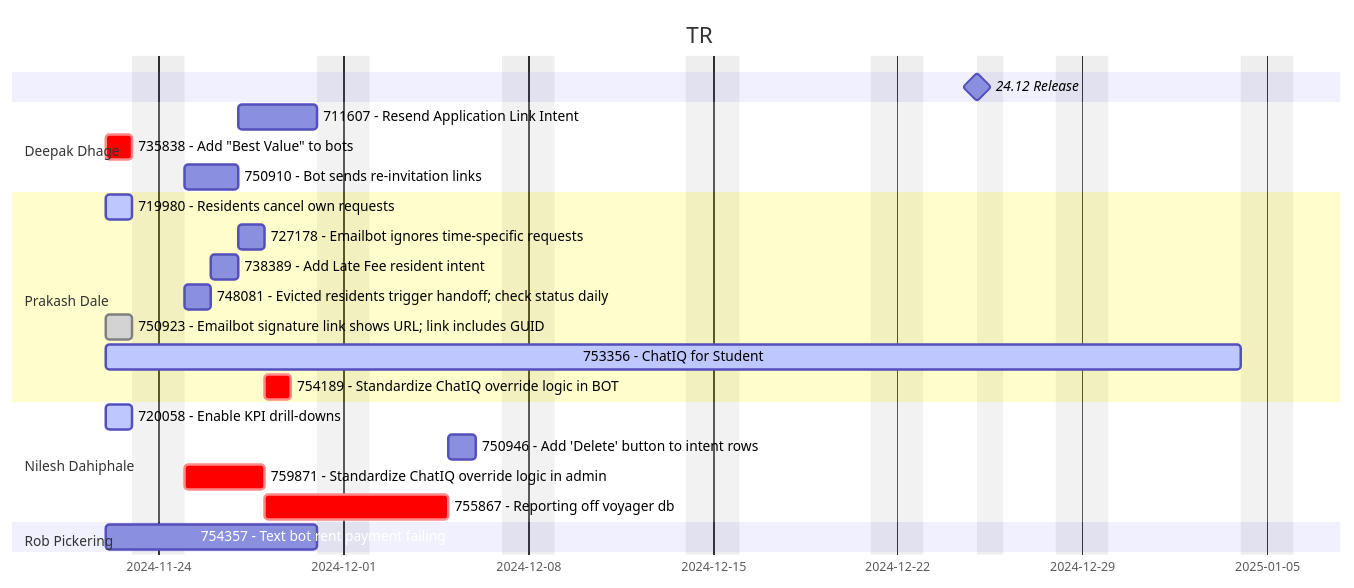
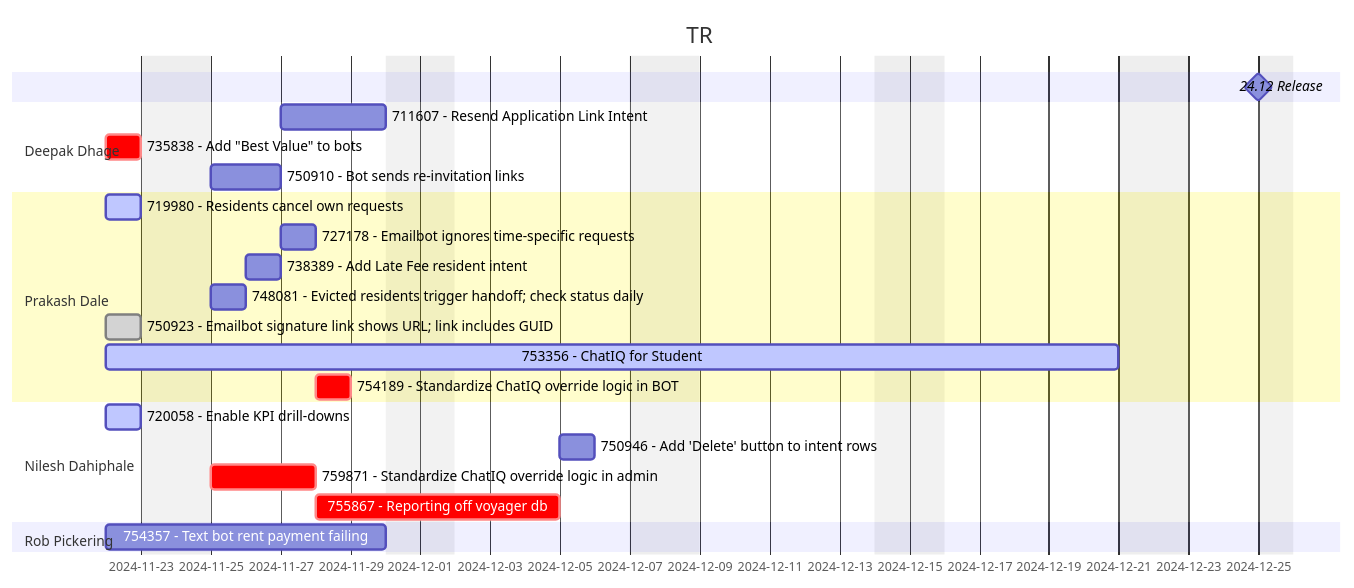
The diagram in README.md (prakash-dale/prakash-dale.github.io), drawn with Mermaid before and after one commit. The commit also changed 1 other file, not shown here.

Commit message:
* chore(README.md): update duration of ChatIQ for Student task to 21 days * feat(training/on-boarding.md): add on-boarding documentation for new employees

````diff
--- a/README.md
+++ b/README.md
@@ -5,27 +5,27 @@
 ```mermaid
 gantt
     title TR
     dateFormat MMM-DD
     tickInterval 1d
     excludes weekends, 2024-12-25
     24.12 Release: milestone, 24.12 Release, Dec-24, 1d
     section Deepak Dhage        
         711607 - Resend Application Link Intent                             : 711607, after 750910, 3d
         735838 - Add "Best Value" to bots                                   : crit, 735838, Nov-22, 1d
         750910 - Bot sends re-invitation links                              : 750910, after 735838, 2d        
     section Prakash Dale
         719980 - Residents cancel own requests                              : active, 719980, Nov-22, 1d
         727178 - Emailbot ignores time-specific requests                    : 717178, after 738389, 1d
         738389 - Add Late Fee resident intent                               : 738389, after 748081, 1d
         748081 - Evicted residents trigger handoff; check status daily      : 748081, after 719980, 1d
         750923 - Emailbot signature link shows URL; link includes GUID      : done, 750923, Nov-22, 1d
-        753356 - ChatIQ for Student                                         : active, 753356, Nov-22, 30d
+        753356 - ChatIQ for Student                                         : active, 753356, Nov-22, 21d
         754189 - Standardize ChatIQ override logic in BOT                   : crit, after 759871, 1d
     section Nilesh Dahiphale
         720058 - Enable KPI drill-downs                                     : active, 720058, Nov-22, 1d
         750946 - Add 'Delete' button to intent rows                         : 750946, after 755867, 1d
         759871 - Standardize ChatIQ override logic in admin                 : crit, 759871, after 720058, 3d
         755867 - Reporting off voyager db                                   : crit, 755867, after 759871, 5d
     section Rob Pickering
         754357 - Text bot rent payment failing: 754357, Nov-22, 6d
 ```
````
